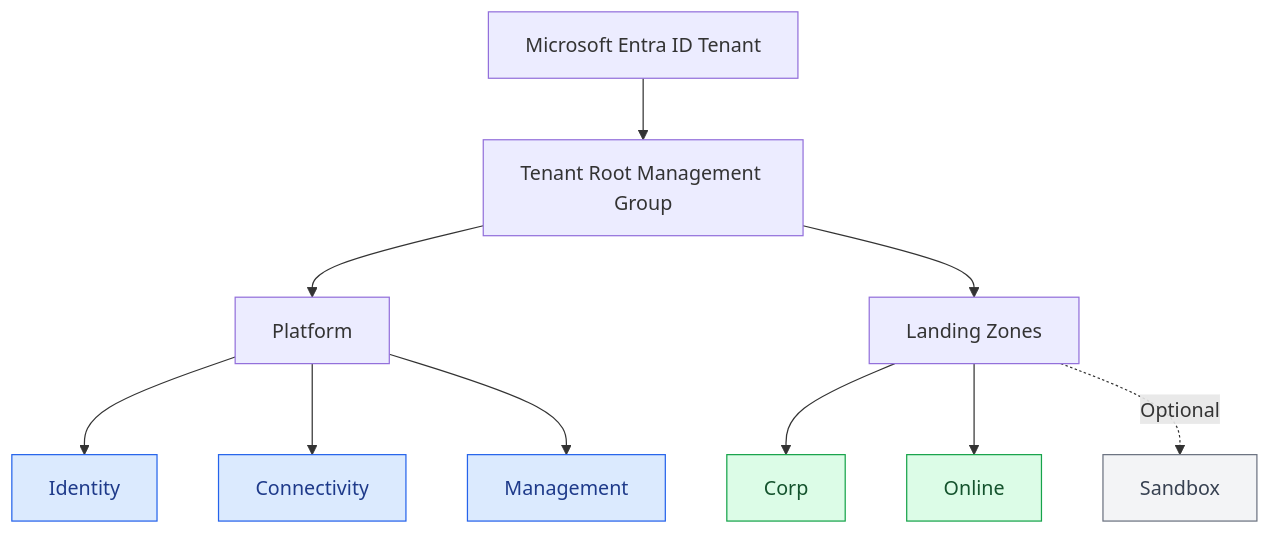
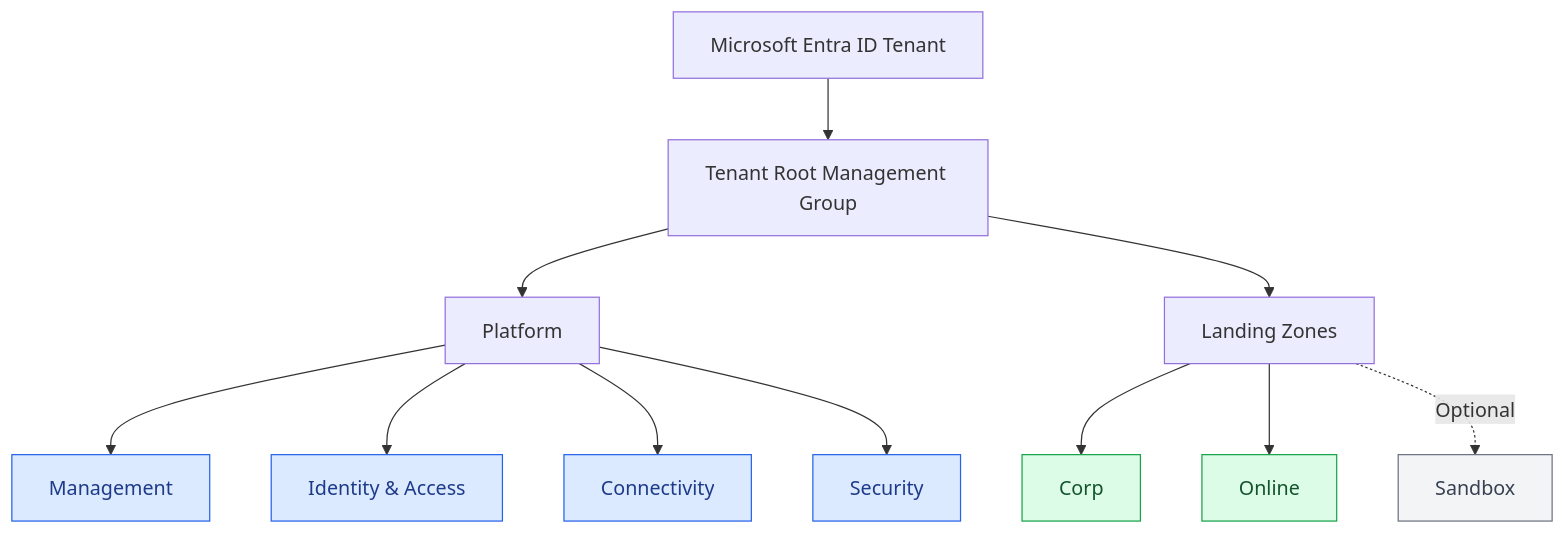
Before and after one commit to pankajdsgithub/azure-landing-zone-greenfield: the diagram in architecture/landing-zone-flow.mmd, drawn with Mermaid. The commit also changed 34 other files, not shown here.

```diff
--- a/architecture/landing-zone-flow.mmd
+++ b/architecture/landing-zone-flow.mmd
@@ -1,27 +1,28 @@
 flowchart TB
     Tenant["Microsoft Entra ID Tenant"]
     Root["Tenant Root Management Group"]
 
     Tenant --> Root
-
     Root --> Platform["Platform"]
     Root --> LandingZones["Landing Zones"]
 
-    Platform --> Identity["Identity"]
+    Platform --> Management["Management"]
+    Platform --> Identity["Identity & Access"]
     Platform --> Connectivity["Connectivity"]
-    Platform --> Management["Management"]
+    Platform --> Security["Security"]
 
     LandingZones --> Corp["Corp"]
     LandingZones --> Online["Online"]
     LandingZones -. "Optional" .-> Sandbox["Sandbox"]
 
+    Management:::platform
     Identity:::platform
     Connectivity:::platform
-    Management:::platform
+    Security:::platform
     Corp:::landing
     Online:::landing
     Sandbox:::optional
 
     classDef platform fill:#dbeafe,stroke:#2563eb,color:#1e3a8a
     classDef landing fill:#dcfce7,stroke:#16a34a,color:#14532d
     classDef optional fill:#f3f4f6,stroke:#6b7280,color:#374151
```
